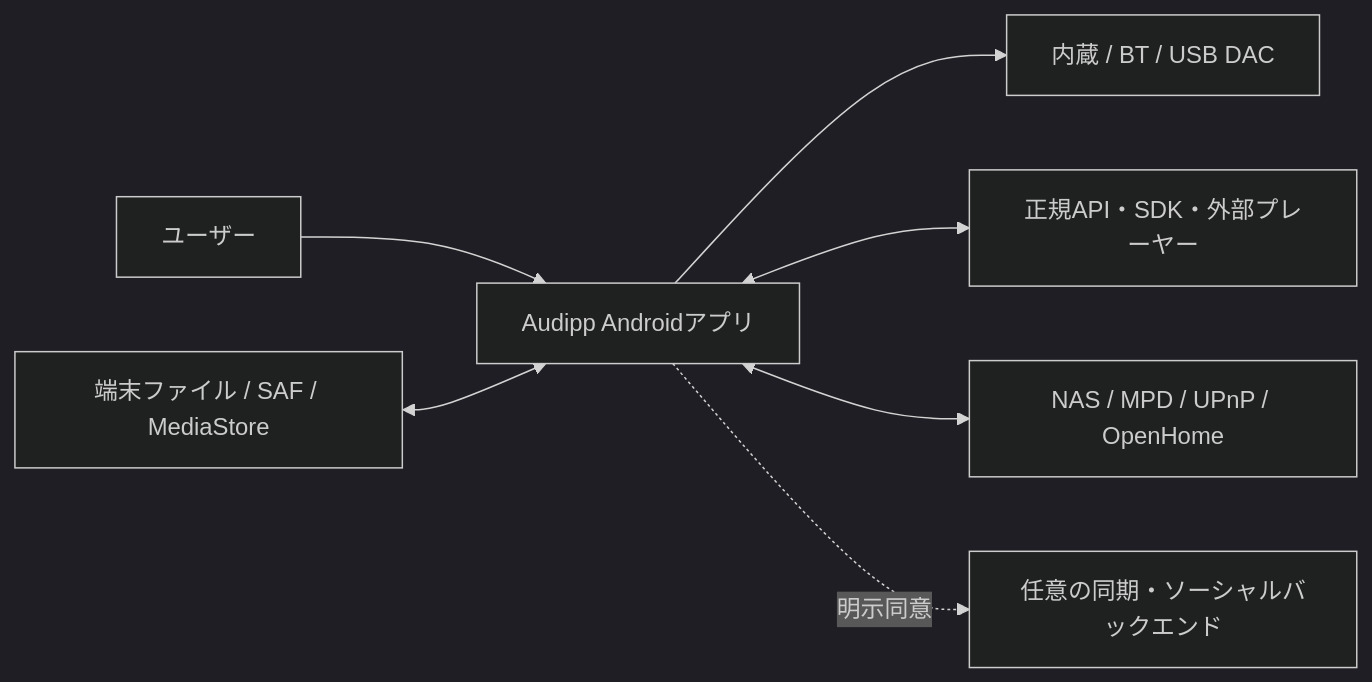
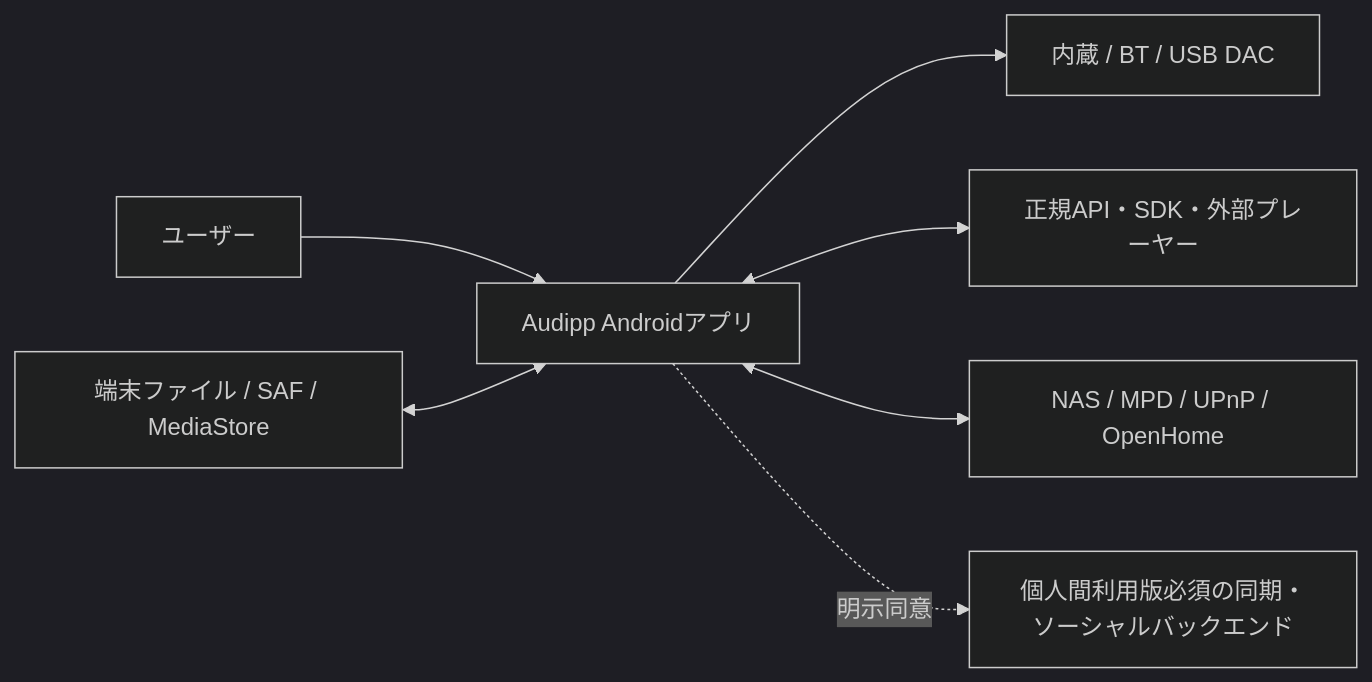
The first of 7 diagrams in docs/specifications/02_basic_design.md (4rtoflow/Audipp), drawn with Mermaid (dark theme) before and after one commit. The commit also changed other lines of this file and 11 other files, not shown here.

````diff
--- a/docs/specifications/02_basic_design.md
+++ b/docs/specifications/02_basic_design.md
@@ -38,16 +42,16 @@
 ```mermaid
 flowchart LR
     User[ユーザー]
     App[Audipp Androidアプリ]
     Storage[端末ファイル / SAF / MediaStore]
     DAC[内蔵 / BT / USB DAC]
     Services[正規API・SDK・外部プレーヤー]
     Renderer[NAS / MPD / UPnP / OpenHome]
-    Backend[任意の同期・ソーシャルバックエンド]
+    Backend[個人間利用版必須の同期・ソーシャルバックエンド]
     User --> App
     Storage <--> App
     App --> DAC
     App <--> Services
     App <--> Renderer
     App -. 明示同意 .-> Backend
 ```
````
